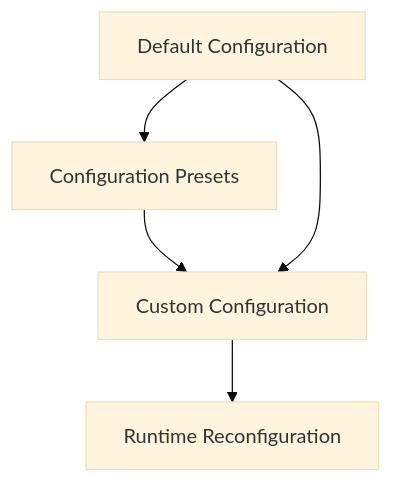
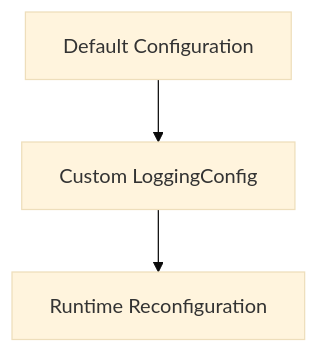
The diagram in docs/configuration/index.md (pranawmishra/sherlockai-docs), drawn with Mermaid (base theme) before and after one commit. The commit also changed other lines of this file and 22 other files, not shown here.

````diff
--- a/docs/configuration/index.md
+++ b/docs/configuration/index.md
@@ -44,7 +45,5 @@
 ```mermaid
 graph TD
-    DefaultConfig[Default Configuration] --> Presets[Configuration Presets]
-    Presets --> CustomConfig[Custom Configuration]
-    DefaultConfig --> CustomConfig
+    DefaultConfig[Default Configuration] --> CustomConfig[Custom LoggingConfig]
     CustomConfig --> RuntimeReconfig[Runtime Reconfiguration]
 ```
````
